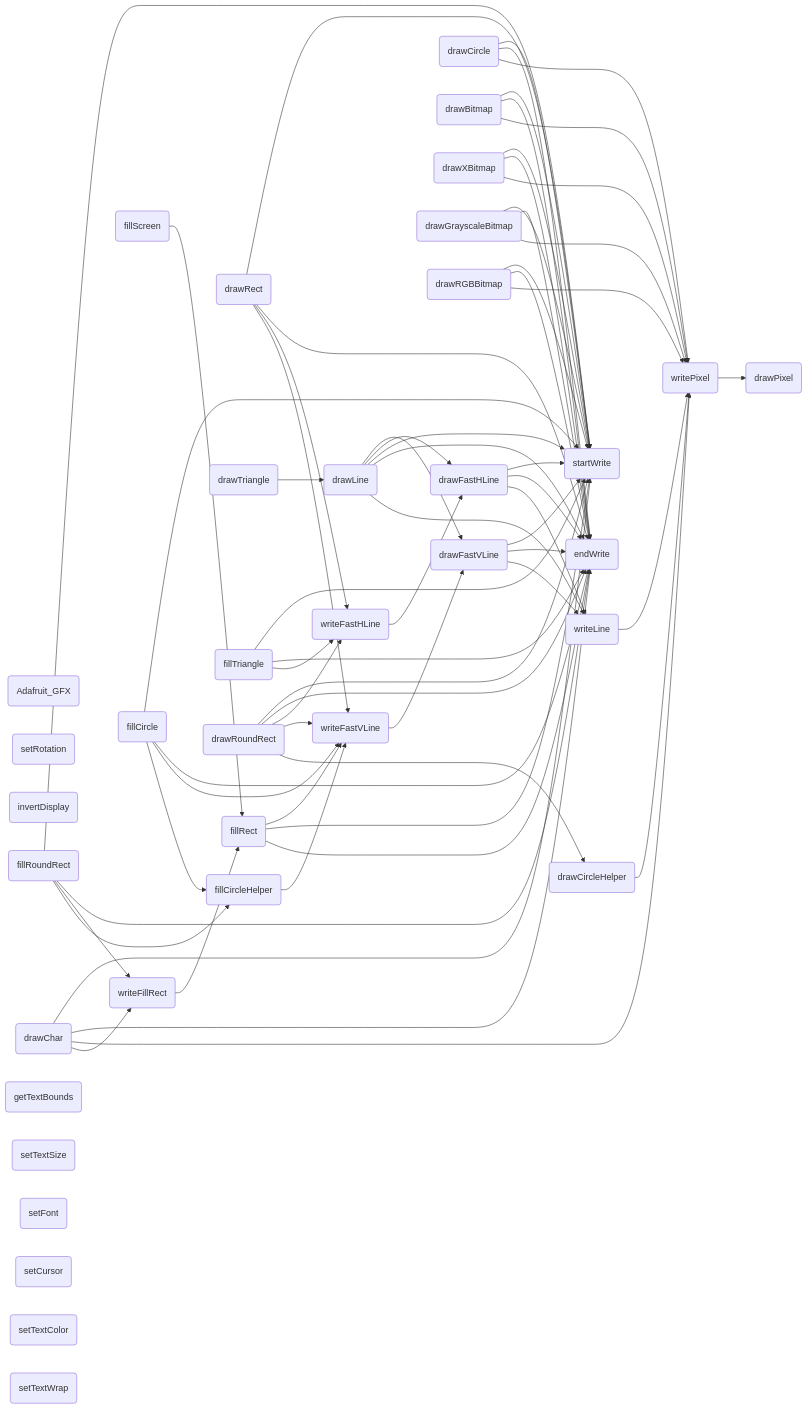
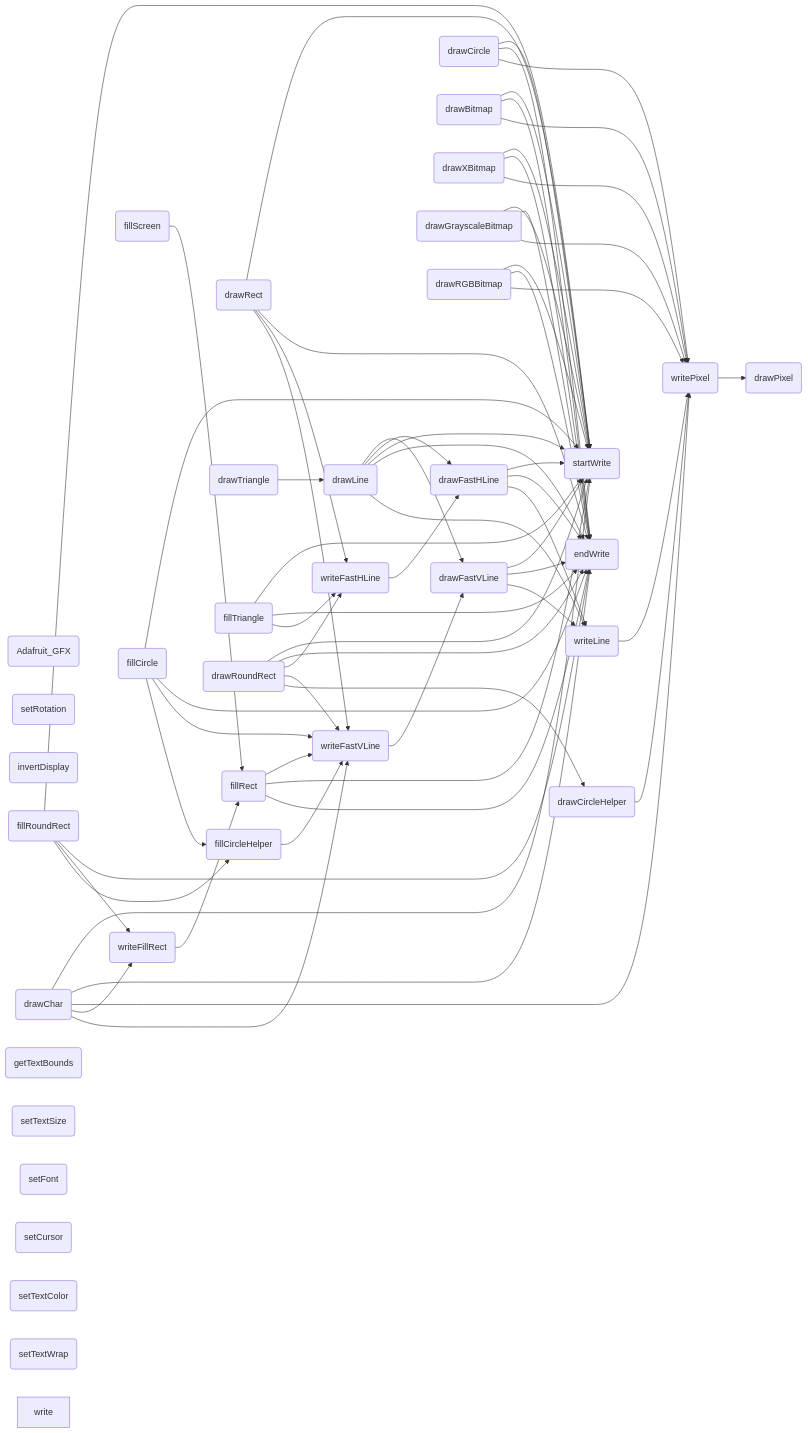
One commit to icodezhanglei/iodraw-files changed the diagram in all/未命名.md. Above: the diagram before and after it, drawn with Mermaid.

Commit message:
2024-09-13 18:40:30 update

````diff
--- a/all/未命名.md
+++ b/all/未命名.md
@@ -1,66 +1,67 @@
 ```mermaid
 flowchart LR
 Adafruit_GF(Adafruit_GFX)
 drawPixel(drawPixel)
 startWrite(startWrite)
 endWrite(endWrite)
 writePixel(writePixel)
 writeFillRect(writeFillRect)
 writeFastVLine(writeFastVLine)
 writeFastHLine(writeFastHLine)
 writeLine(writeLine)
 setRotation(setRotation)
 invertDisplay(invertDisplay)
 drawFastVLine(drawFastVLine)
 drawFastHLine(drawFastHLine)
 fillRect(fillRect)
 fillScreen(fillScreen)
 drawLine(drawLine)
 drawRect(drawRect)
 drawCircle(drawCircle)
 drawCircleHelper(drawCircleHelper)
 fillCircle(fillCircle)
 fillCircleHelper(fillCircleHelper)
 drawTriangle(drawTriangle)
 fillTriangle(fillTriangle)
 drawRoundRect(drawRoundRect)
 fillRoundRect(fillRoundRect)
 drawBitmap(drawBitmap)
 drawXBitmap(drawXBitmap)
 drawGrayscaleBitmap(drawGrayscaleBitmap)
 drawRGBBitmap(drawRGBBitmap)
 drawChar(drawChar)
 getTextBounds(getTextBounds)
 setTextSize(setTextSize)
 setFont(setFont)
 setCursor(setCursor)
 setTextColor(setTextColor)
 setTextWrap(setTextWrap)
 
 writeLine --> writePixel --> drawPixel
 
 writeFastVLine --> drawFastVLine --> startWrite & endWrite
 drawFastVLine --> writeLine
 
 writeFastHLine --> drawFastHLine --> startWrite & endWrite
 drawFastHLine --> writeLine
 
 writeFillRect --> fillRect --> writeFastVLine & startWrite & endWrite
 
 fillScreen --> fillRect
 drawLine --> drawFastVLine & drawFastHLine & startWrite & endWrite & writeLine
 drawCircle --> startWrite & endWrite & writePixel
 drawCircleHelper --> writePixel
 fillCircle --> startWrite & endWrite & writeFastVLine & fillCircleHelper
 fillCircleHelper --> writeFastVLine
 drawRect --> startWrite & endWrite & writeFastHLine & writeFastVLine
 drawRoundRect --> startWrite & endWrite & writeFastHLine & writeFastVLine & drawCircleHelper
 fillRoundRect --> startWrite & endWrite & writeFillRect & fillCircleHelper
 drawTriangle --> drawLine
 fillTriangle --> startWrite & endWrite & writeFastHLine
 drawBitmap --> startWrite & endWrite & writePixel
 drawXBitmap --> startWrite & endWrite & writePixel
 drawGrayscaleBitmap --> startWrite & endWrite & writePixel
 drawRGBBitmap --> startWrite & endWrite & writePixel
-drawChar --> startWrite & endWrite & writePixel & writeFillRect 
+drawChar --> startWrite & endWrite & writePixel & writeFillRect & writeFastVLine
+write
 ```
````
